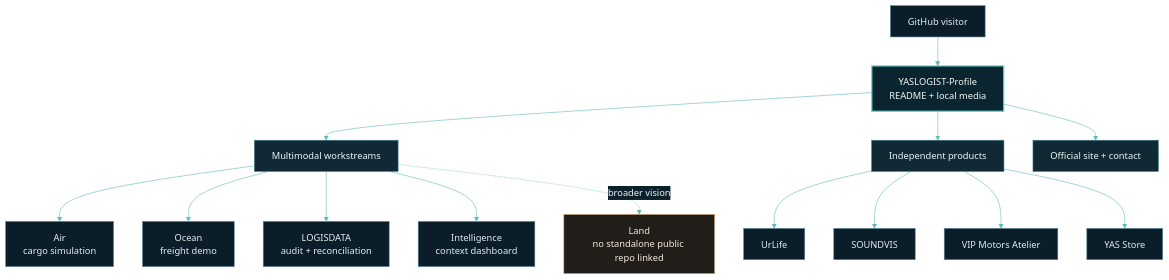
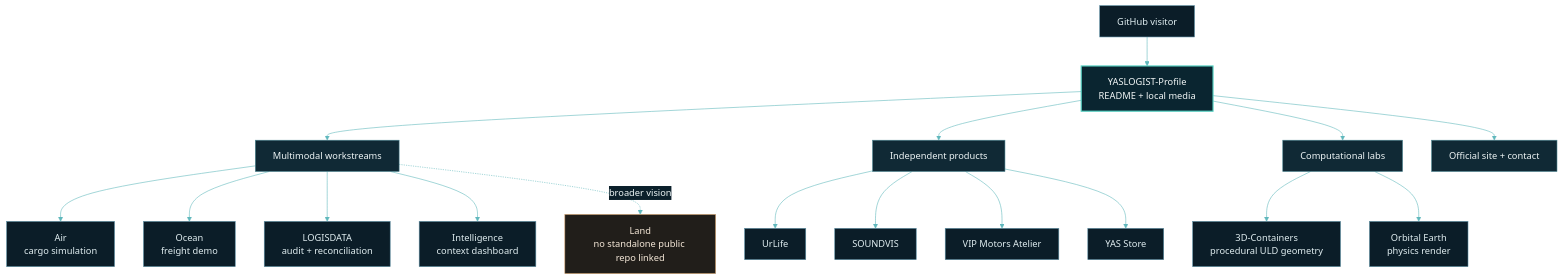
The diagram in README.md (YASLOGIST/YASLOGIST-Profile), drawn with Mermaid before and after one commit. The commit also changed other lines of this file and 10 other files, not shown here.

````diff
--- a/README.md
+++ b/README.md
@@ -76,28 +88,32 @@
 ```mermaid
 %%{init: {"theme":"base","themeVariables":{"background":"#07131d","primaryColor":"#102b38","primaryTextColor":"#eef6f6","primaryBorderColor":"#56d0c4","lineColor":"#60b8bc","secondaryColor":"#0b202b","tertiaryColor":"#182d36","fontFamily":"ui-monospace, SFMono-Regular, Menlo, monospace"}}}%%
 flowchart TB
     visitor["GitHub visitor"] --> profile["YASLOGIST-Profile<br/>README + local media"]
     profile --> logistics["Multimodal workstreams"]
     profile --> products["Independent products"]
+    profile --> labs["Computational labs"]
     profile --> contact["Official site + contact"]
 
     logistics --> air["Air<br/>cargo simulation"]
     logistics --> ocean["Ocean<br/>freight demo"]
     logistics --> data["LOGISDATA<br/>audit + reconciliation"]
     logistics --> intel["Intelligence<br/>context dashboard"]
     logistics -. "broader vision" .-> land["Land<br/>no standalone public repo linked"]
 
     products --> urlife["UrLife"]
     products --> soundvis["SOUNDVIS"]
     products --> vip["VIP Motors Atelier"]
     products --> store["YAS Store"]
 
+    labs --> uld["3D-Containers<br/>procedural ULD geometry"]
+    labs --> earth["Orbital Earth<br/>physics render"]
+
     classDef identity fill:#0a2530,stroke:#57d4c4,color:#f3f7f7,stroke-width:2px;
     classDef group fill:#102935,stroke:#4d8793,color:#edf4f5;
     classDef project fill:#0b1d28,stroke:#598da2,color:#e0edf0;
     classDef vision fill:#211e1a,stroke:#d3a06c,color:#f5e8d8;
     class profile identity;
-    class logistics,products,contact group;
-    class visitor,air,ocean,data,intel,urlife,soundvis,vip,store project;
+    class logistics,products,labs,contact group;
+    class visitor,air,ocean,data,intel,urlife,soundvis,vip,store,uld,earth project;
     class land vision;
 ```
````
